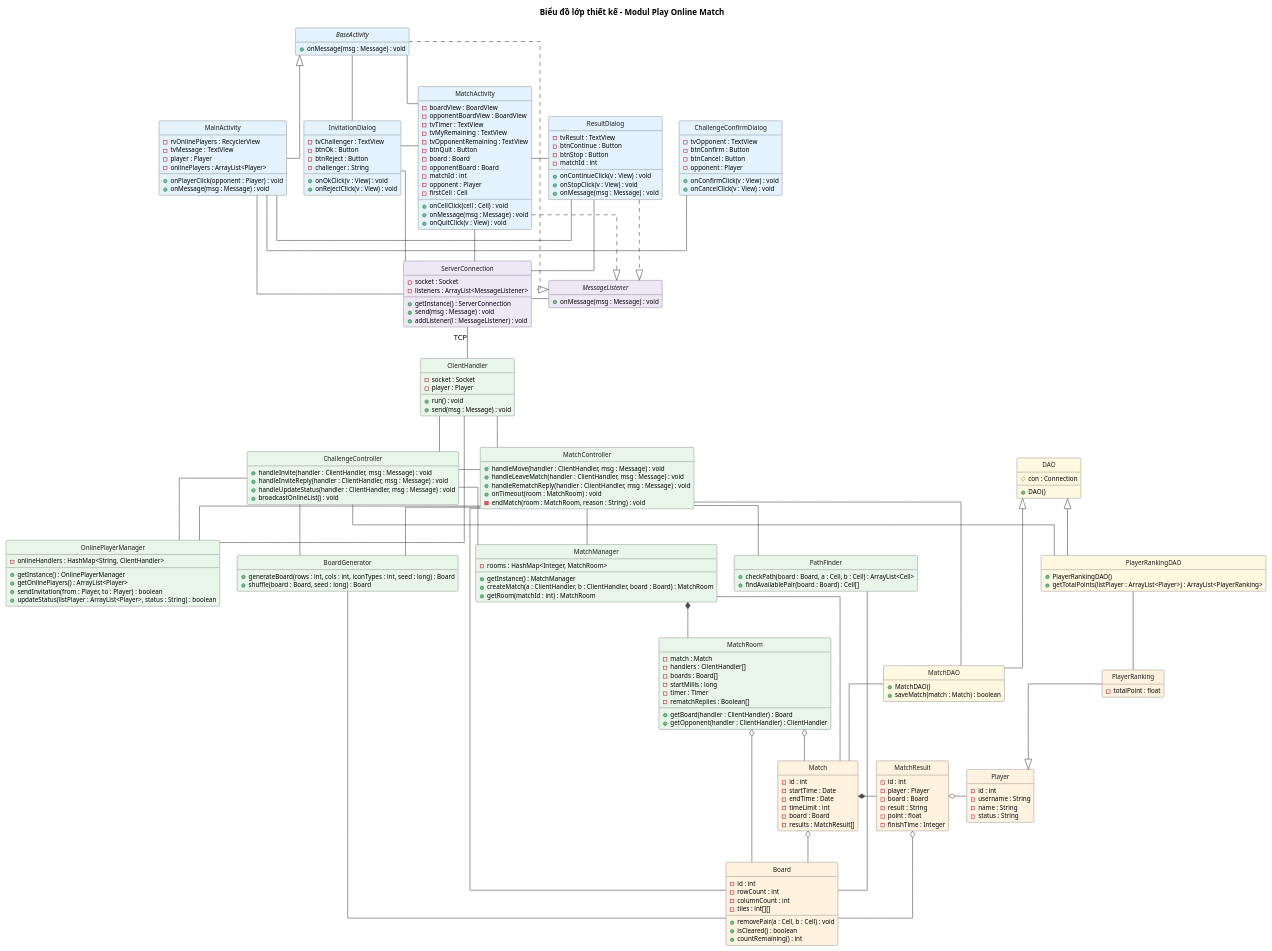
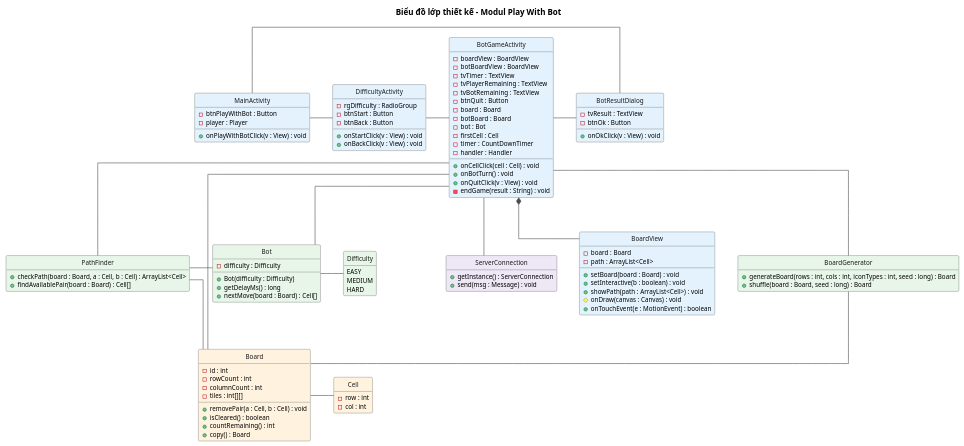
The diagram in docs/uml/pha3/class-design-m3.puml (VattenL/mobile-pikachu), drawn with PlantUML before and after one commit. The commit also changed 75 other files, not shown here.

```diff
--- a/docs/uml/pha3/class-design-m3.puml
+++ b/docs/uml/pha3/class-design-m3.puml
@@ -1,12 +1,12 @@
 @startuml class-design-m3
-title Biểu đồ lớp thiết kế - Modul Play Online Match
+title Biểu đồ lớp thiết kế - Modul Play With Bot
 
 hide circle
 hide empty members
 skinparam shadowing false
 skinparam linetype ortho
-skinparam nodesep 30
-skinparam ranksep 55
+skinparam nodesep 40
+skinparam ranksep 60
 skinparam classFontSize 13
 skinparam classAttributeFontSize 11
 skinparam class {
@@ -16,126 +16,61 @@
 }
 
 ' ===== Client Android: tang giao dien =====
-class ChallengeConfirmDialog #E3F2FD {
-  - tvOpponent : TextView
-  - btnConfirm : Button
-  - btnCancel : Button
-  - opponent : Player
-  + onConfirmClick(v : View) : void
-  + onCancelClick(v : View) : void
+class MainActivity #E3F2FD {
+  - btnPlayWithBot : Button
+  - player : Player
+  + onPlayWithBotClick(v : View) : void
 }
 
-abstract class BaseActivity #E3F2FD {
-  + onMessage(msg : Message) : void
+class DifficultyActivity #E3F2FD {
+  - rgDifficulty : RadioGroup
+  - btnStart : Button
+  - btnBack : Button
+  + onStartClick(v : View) : void
+  + onBackClick(v : View) : void
 }
 
-class MainActivity #E3F2FD {
-  - rvOnlinePlayers : RecyclerView
-  - tvMessage : TextView
-  - player : Player
-  - onlinePlayers : ArrayList<Player>
-  + onPlayerClick(opponent : Player) : void
-  + onMessage(msg : Message) : void
+class BotGameActivity #E3F2FD {
+  - boardView : BoardView
+  - botBoardView : BoardView
+  - tvTimer : TextView
+  - tvPlayerRemaining : TextView
+  - tvBotRemaining : TextView
+  - btnQuit : Button
+  - board : Board
+  - botBoard : Board
+  - bot : Bot
+  - firstCell : Cell
+  - timer : CountDownTimer
+  - handler : Handler
+  + onCellClick(cell : Cell) : void
+  + onBotTurn() : void
+  + onQuitClick(v : View) : void
+  - endGame(result : String) : void
 }
 
-class InvitationDialog #E3F2FD {
-  - tvChallenger : TextView
+class BotResultDialog #E3F2FD {
+  - tvResult : TextView
   - btnOk : Button
-  - btnReject : Button
-  - challenger : String
   + onOkClick(v : View) : void
-  + onRejectClick(v : View) : void
 }
 
-class MatchActivity #E3F2FD {
-  - boardView : BoardView
-  - opponentBoardView : BoardView
-  - tvTimer : TextView
-  - tvMyRemaining : TextView
-  - tvOpponentRemaining : TextView
-  - btnQuit : Button
-  - board : Board
-  - opponentBoard : Board
-  - matchId : int
-  - opponent : Player
-  - firstCell : Cell
-  + onCellClick(cell : Cell) : void
-  + onMessage(msg : Message) : void
-  + onQuitClick(v : View) : void
-}
-
-class ResultDialog #E3F2FD {
-  - tvResult : TextView
-  - btnContinue : Button
-  - btnStop : Button
-  - matchId : int
-  + onContinueClick(v : View) : void
-  + onStopClick(v : View) : void
-  + onMessage(msg : Message) : void
-}
-
-' ===== Client Android: tang mang =====
 class ServerConnection #EDE7F6 {
-  - socket : Socket
-  - listeners : ArrayList<MessageListener>
   + getInstance() : ServerConnection
-  + send(msg : Message) : void
-  + addListener(l : MessageListener) : void
-}
-
-interface MessageListener #EDE7F6 {
-  + onMessage(msg : Message) : void
-}
-
-' ===== Server: tang dieu khien =====
-class ClientHandler #E8F5E9 {
-  - socket : Socket
-  - player : Player
-  + run() : void
   + send(msg : Message) : void
 }
 
-class ChallengeController #E8F5E9 {
-  + handleInvite(handler : ClientHandler, msg : Message) : void
-  + handleInviteReply(handler : ClientHandler, msg : Message) : void
-  + handleUpdateStatus(handler : ClientHandler, msg : Message) : void
-  + broadcastOnlineList() : void
+class BoardView #E3F2FD {
+  - board : Board
+  - path : ArrayList<Cell>
+  + setBoard(board : Board) : void
+  + setInteractive(b : boolean) : void
+  + showPath(path : ArrayList<Cell>) : void
+  # onDraw(canvas : Canvas) : void
+  + onTouchEvent(e : MotionEvent) : boolean
 }
 
-class MatchController #E8F5E9 {
-  + handleMove(handler : ClientHandler, msg : Message) : void
-  + handleLeaveMatch(handler : ClientHandler, msg : Message) : void
-  + handleRematchReply(handler : ClientHandler, msg : Message) : void
-  + onTimeout(room : MatchRoom) : void
-  - endMatch(room : MatchRoom, reason : String) : void
-}
-
-class OnlinePlayerManager #E8F5E9 {
-  - onlineHandlers : HashMap<String, ClientHandler>
-  + getInstance() : OnlinePlayerManager
-  + getOnlinePlayers() : ArrayList<Player>
-  + sendInvitation(from : Player, to : Player) : boolean
-  + updateStatus(listPlayer : ArrayList<Player>, status : String) : boolean
-}
-
-class MatchManager #E8F5E9 {
-  - rooms : HashMap<Integer, MatchRoom>
-  + getInstance() : MatchManager
-  + createMatch(a : ClientHandler, b : ClientHandler, board : Board) : MatchRoom
-  + getRoom(matchId : int) : MatchRoom
-}
-
-class MatchRoom #E8F5E9 {
-  - match : Match
-  - handlers : ClientHandler[]
-  - boards : Board[]
-  - startMillis : long
-  - timer : Timer
-  - rematchReplies : Boolean[]
-  + getBoard(handler : ClientHandler) : Board
-  + getOpponent(handler : ClientHandler) : ClientHandler
-}
-
+' ===== core: xu ly ban choi =====
 class BoardGenerator #E8F5E9 {
   + generateBoard(rows : int, cols : int, iconTypes : int, seed : long) : Board
   + shuffle(board : Board, seed : long) : Board
@@ -146,52 +81,20 @@
   + findAvailablePair(board : Board) : Cell[]
 }
 
-' ===== Server: tang DAO =====
-class DAO #FFF8E1 {
-  # con : Connection
-  + DAO()
+class Bot #E8F5E9 {
+  - difficulty : Difficulty
+  + Bot(difficulty : Difficulty)
+  + getDelayMs() : long
+  + nextMove(board : Board) : Cell[]
 }
 
-class MatchDAO #FFF8E1 {
-  + MatchDAO()
-  + saveMatch(match : Match) : boolean
-}
-
-class PlayerRankingDAO #FFF8E1 {
-  + PlayerRankingDAO()
-  + getTotalPoints(listPlayer : ArrayList<Player>) : ArrayList<PlayerRanking>
+enum Difficulty #E8F5E9 {
+  EASY
+  MEDIUM
+  HARD
 }
 
 ' ===== core: lop thuc the =====
-class Player #FFF3E0 {
-  - id : int
-  - username : String
-  - name : String
-  - status : String
-}
-
-class PlayerRanking #FFF3E0 {
-  - totalPoint : float
-}
-
-class Match #FFF3E0 {
-  - id : int
-  - startTime : Date
-  - endTime : Date
-  - timeLimit : int
-  - board : Board
-  - results : MatchResult[]
-}
-
-class MatchResult #FFF3E0 {
-  - id : int
-  - player : Player
-  - board : Board
-  - result : String
-  - point : float
-  - finishTime : Integer
-}
-
 class Board #FFF3E0 {
   - id : int
   - rowCount : int
@@ -200,60 +103,29 @@
   + removePair(a : Cell, b : Cell) : void
   + isCleared() : boolean
   + countRemaining() : int
+  + copy() : Board
 }
 
-' giao dien
-MainActivity -left- ChallengeConfirmDialog
-BaseActivity -right- InvitationDialog
-InvitationDialog -right- MatchActivity
-MatchActivity -right- ResultDialog
-ResultDialog -[norank]- MainActivity
-MainActivity -up-|> BaseActivity
-BaseActivity ..|> MessageListener
-MatchActivity ..|> MessageListener
-ResultDialog ..|> MessageListener
-BaseActivity -[norank]- MatchActivity
+class Cell #FFF3E0 {
+  - row : int
+  - col : int
+}
 
-' giao dien - mang
-MainActivity -down- ServerConnection
-InvitationDialog -down- ServerConnection
-MatchActivity -down- ServerConnection
-ResultDialog -down- ServerConnection
-ServerConnection -right- MessageListener
+MainActivity -right- DifficultyActivity
+DifficultyActivity -right- BotGameActivity
+BotGameActivity -right- BotResultDialog
+BotResultDialog -[norank]- MainActivity
+BotGameActivity *-down- BoardView
+BotGameActivity -down- ServerConnection
 
-' client - server
-ServerConnection -down- ClientHandler : TCP
-ClientHandler -down- ChallengeController
-ClientHandler -down- MatchController
-ChallengeController -down- OnlinePlayerManager
-ChallengeController -down- MatchManager
-ChallengeController -down- BoardGenerator
-MatchController -down- MatchManager
-MatchController -down- PathFinder
-MatchController -down- BoardGenerator
-MatchController -[norank]- OnlinePlayerManager
-MatchController -[norank]- ChallengeController
-OnlinePlayerManager -[norank]- ClientHandler
-MatchController -[norank]- Board
-MatchManager -[norank]- Match
-BoardGenerator -[norank]- Board
-MatchManager *-down- MatchRoom
+BotGameActivity -down- BoardGenerator
+BotGameActivity -down- PathFinder
+BotGameActivity -down- Bot
+Bot -right- Difficulty
+Bot -left- PathFinder
 
-' dieu khien - DAO
-ChallengeController -[norank]- PlayerRankingDAO
-MatchController -[norank]- MatchDAO
-DAO <|-down- MatchDAO
-DAO <|-down- PlayerRankingDAO
-
-' DAO - thuc the
-MatchDAO -down- Match
-PlayerRankingDAO -down- PlayerRanking
-MatchRoom o-down- Match
-MatchRoom o-down- Board
-Match *-right- MatchResult
-MatchResult o-right- Player
-PlayerRanking -down-|> Player
-Match o-down- Board
-MatchResult o-[norank]- Board
-PathFinder -[norank]- Board
+BoardGenerator -down- Board
+PathFinder -down- Board
+BotGameActivity -[norank]- Board
+Board -right- Cell
 @enduml
```
